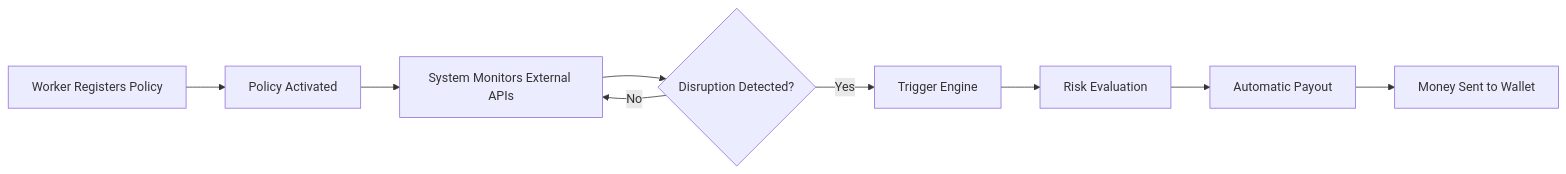
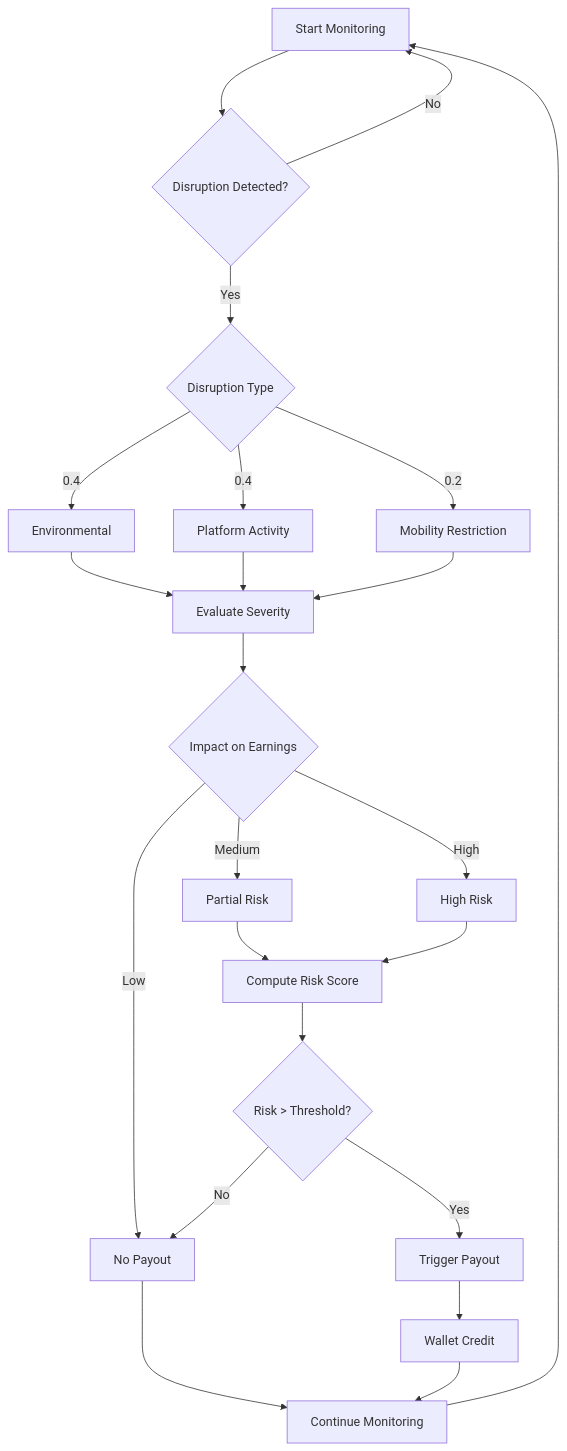
Before and after one commit to ed6095-web/Guidewire-DEVTrails-2026: the diagram in README.md, drawn with Mermaid. The commit also changed other lines of this file, not shown here.

````diff
--- a/README.md
+++ b/README.md
@@ -115,11 +67,38 @@
 ```mermaid
-flowchart LR
-A[Worker Registers Policy] --> B[Policy Activated]
-B --> C[System Monitors External APIs]
-C --> D{Disruption Detected?}
-D -- No --> C
-D -- Yes --> E[Trigger Engine]
-E --> F[Risk Evaluation]
-F --> G[Automatic Payout]
-G --> H[Money Sent to Wallet]
+flowchart TD
+
+A[Start Monitoring] --> B{Disruption Detected?}
+
+B -- No --> A
+
+B -- Yes --> C{Disruption Type}
+
+C -->|0.4| D[Environmental]
+C -->|0.4| E[Platform Activity]
+C -->|0.2| F[Mobility Restriction]
+
+D --> G[Evaluate Severity]
+E --> G
+F --> G
+
+G --> H{Impact on Earnings}
+
+H -- Low --> I[No Payout]
+
+H -- Medium --> J[Partial Risk]
+
+H -- High --> K[High Risk]
+
+J --> L[Compute Risk Score]
+K --> L
+
+L --> M{Risk > Threshold?}
+
+M -- No --> I
+M -- Yes --> N[Trigger Payout]
+
+N --> O[Wallet Credit]
+I --> P[Continue Monitoring]
+O --> P
+P --> A
 ```
````
